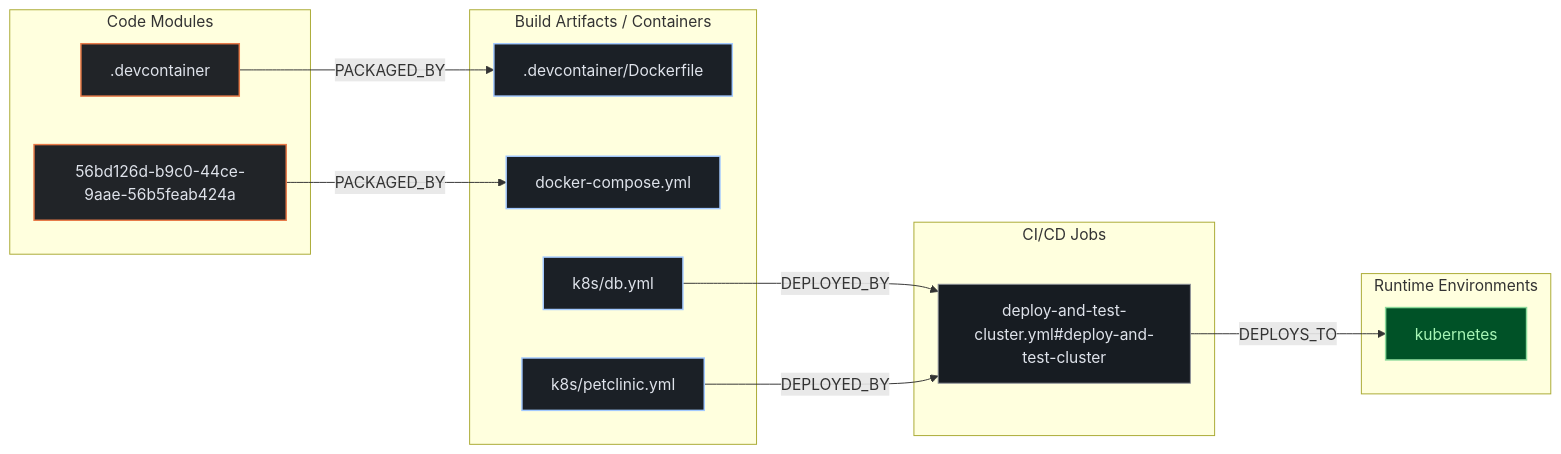
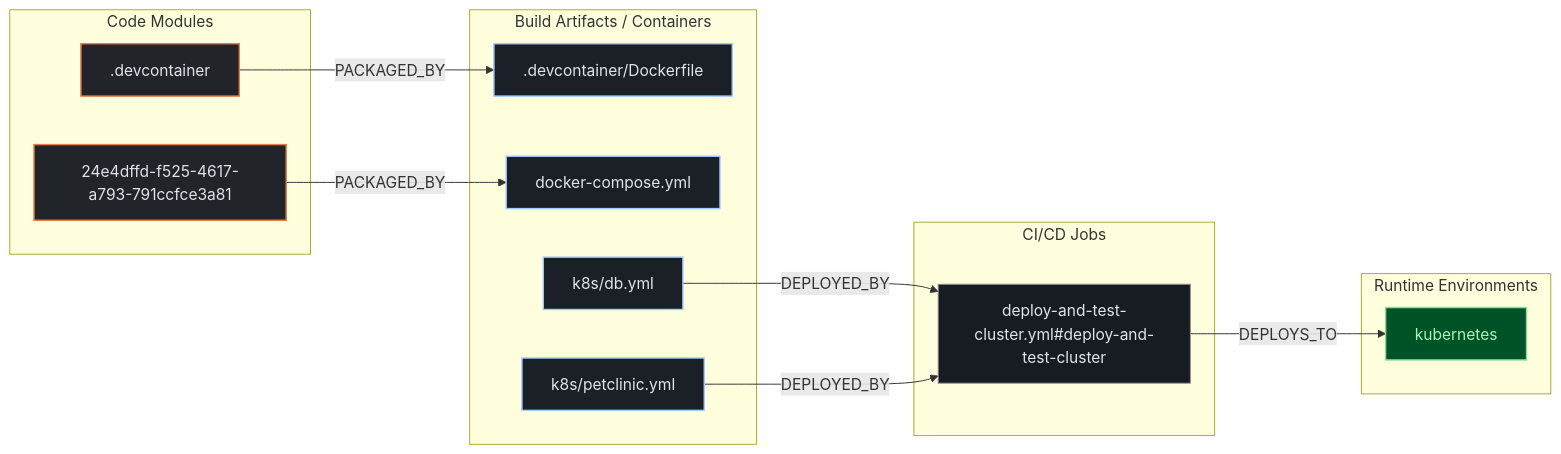
One commit to kumarshaz/atruss-code-atlas changed the second of 3 diagrams in exports/latest/reports/spring-projects-spring-petclinic-report.md. Above: the diagram before and after it, drawn with Mermaid. The commit also changed other lines of this file and 27 other files, not shown here.

````diff
--- a/exports/latest/reports/spring-projects-spring-petclinic-report.md
+++ b/exports/latest/reports/spring-projects-spring-petclinic-report.md
@@ -210,29 +210,29 @@
 ```mermaid
 flowchart LR
     %% title: Code-to-Cloud Deployment Traceability
     classDef atlasCategory fill:#212428,stroke:#E87A48,stroke-width:1.5px,color:#dfe3eb
     classDef atlasWorkflow fill:#1b2026,stroke:#a3c9ff,stroke-width:1.5px,color:#dfe3eb
     classDef atlasJob fill:#171c22,stroke:#8d9199,stroke-width:1px,color:#dfe3eb
     classDef atlasTarget fill:#005227,stroke:#8bd99b,stroke-width:1.5px,color:#a7f6b6
     subgraph code_modules["Code Modules"]
         mod__devcontainer[".devcontainer"]:::atlasCategory
-        mod_56bd126d_b9c0_44ce_9aae_56b5feab424a["56bd126d-b9c0-44ce-9aae-56b5feab424a"]:::atlasCategory
+        mod_24e4dffd_f525_4617_a793_791ccfce3a81["24e4dffd-f525-4617-a793-791ccfce3a81"]:::atlasCategory
     end
     subgraph build_artifacts["Build Artifacts / Containers"]
         art__devcontainer_Dockerfile[".devcontainer/Dockerfile"]:::atlasWorkflow
         art_docker_compose_yml["docker-compose.yml"]:::atlasWorkflow
         art_k8s_db_yml["k8s/db.yml"]:::atlasWorkflow
         art_k8s_petclinic_yml["k8s/petclinic.yml"]:::atlasWorkflow
     end
     subgraph ci_jobs["CI/CD Jobs"]
         job_deploy_and_test_cluster_yml_deploy_and_test_cluster["deploy-and-test-cluster.yml#deploy-and-test-cluster"]:::atlasJob
     end
     subgraph runtime_envs["Runtime Environments"]
         env_kubernetes["kubernetes"]:::atlasTarget
     end
     job_deploy_and_test_cluster_yml_deploy_and_test_cluster -->|DEPLOYS_TO| env_kubernetes
     mod__devcontainer -->|PACKAGED_BY| art__devcontainer_Dockerfile
-    mod_56bd126d_b9c0_44ce_9aae_56b5feab424a -->|PACKAGED_BY| art_docker_compose_yml
+    mod_24e4dffd_f525_4617_a793_791ccfce3a81 -->|PACKAGED_BY| art_docker_compose_yml
     art_k8s_db_yml -->|DEPLOYED_BY| job_deploy_and_test_cluster_yml_deploy_and_test_cluster
     art_k8s_petclinic_yml -->|DEPLOYED_BY| job_deploy_and_test_cluster_yml_deploy_and_test_cluster
 ```
````
